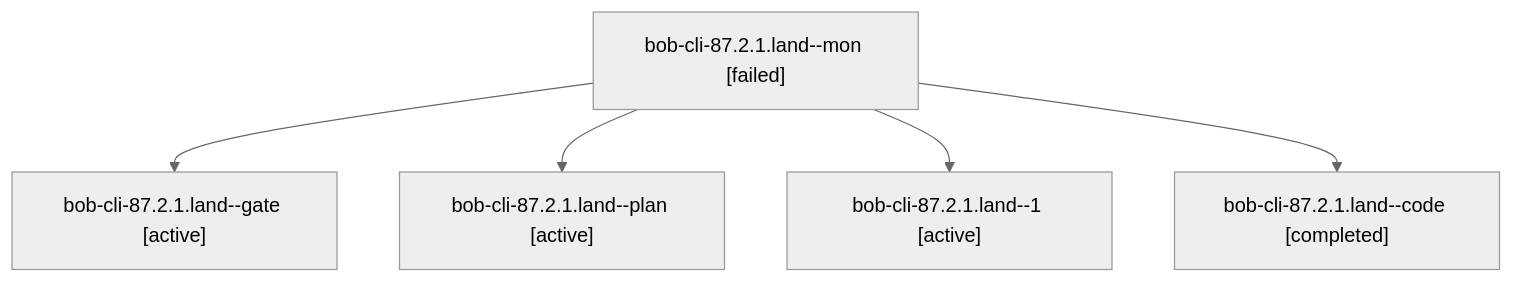
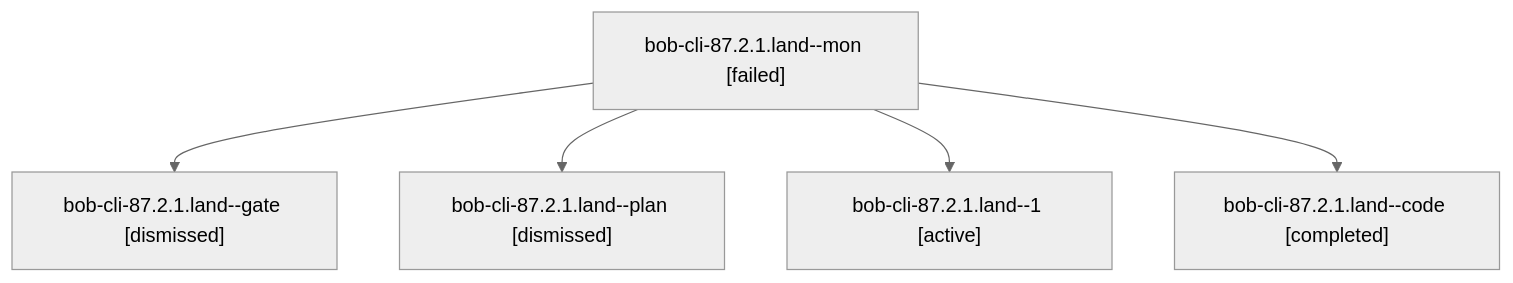
Before and after one commit to bobs-org/bob-cli--agents: the diagram in sessions/bbugyi200.athena.bob-cli-87.2.1.land.md, drawn with Mermaid (neutral theme). The commit also changed other lines of this file and 210 other files, not shown here.

````diff
--- a/sessions/bbugyi200.athena.bob-cli-87.2.1.land.md
+++ b/sessions/bbugyi200.athena.bob-cli-87.2.1.land.md
@@ -9,12 +9,12 @@
 ```mermaid
 flowchart TD
   n0["bob-cli-87.2.1.land--mon [failed]"]
-  n1["bob-cli-87.2.1.land--gate [active]"]
+  n1["bob-cli-87.2.1.land--gate [dismissed]"]
   n0 --> n1
-  n2["bob-cli-87.2.1.land--plan [active]"]
+  n2["bob-cli-87.2.1.land--plan [dismissed]"]
   n0 --> n2
   n3["bob-cli-87.2.1.land--1 [active]"]
   n0 --> n3
   n4["bob-cli-87.2.1.land--code [completed]"]
   n0 --> n4
 ```
````
